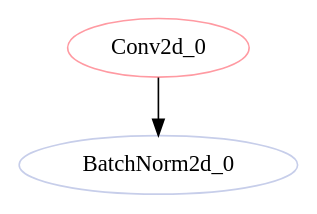
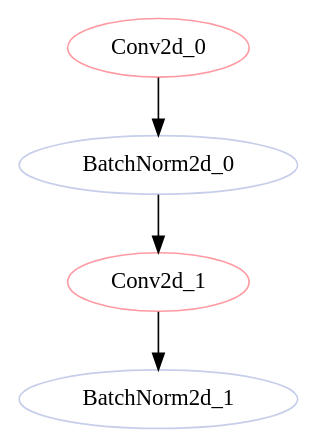
One commit to 11222-Meng/DNN_Bottlen_Layer_Analysis changed the diagram in dags/mobilenet_v2_latency_features_0_0_op.dot. Above: the diagram before and after it, drawn with Graphviz. The commit also changed 80 other files, not shown here.

```diff
--- a/dags/mobilenet_v2_latency_features_0_0_op.dot
+++ b/dags/mobilenet_v2_latency_features_0_0_op.dot
@@ -1,11 +1,21 @@
 strict digraph "" {
 	Conv2d_0	[color="#FF9AA2",
 		layer_name="features.0.0",
 		params=864,
 		type=Conv2d];
 	BatchNorm2d_0	[color="#C7CEEA",
 		layer_name="features.0.1",
 		params=64,
 		type=BatchNorm2d];
 	Conv2d_0 -> BatchNorm2d_0;
+	Conv2d_1	[color="#FF9AA2",
+		layer_name="features.1.conv.0.0",
+		params=288,
+		type=Conv2d];
+	BatchNorm2d_0 -> Conv2d_1;
+	BatchNorm2d_1	[color="#C7CEEA",
+		layer_name="features.1.conv.0.1",
+		params=64,
+		type=BatchNorm2d];
+	Conv2d_1 -> BatchNorm2d_1;
 }
```
